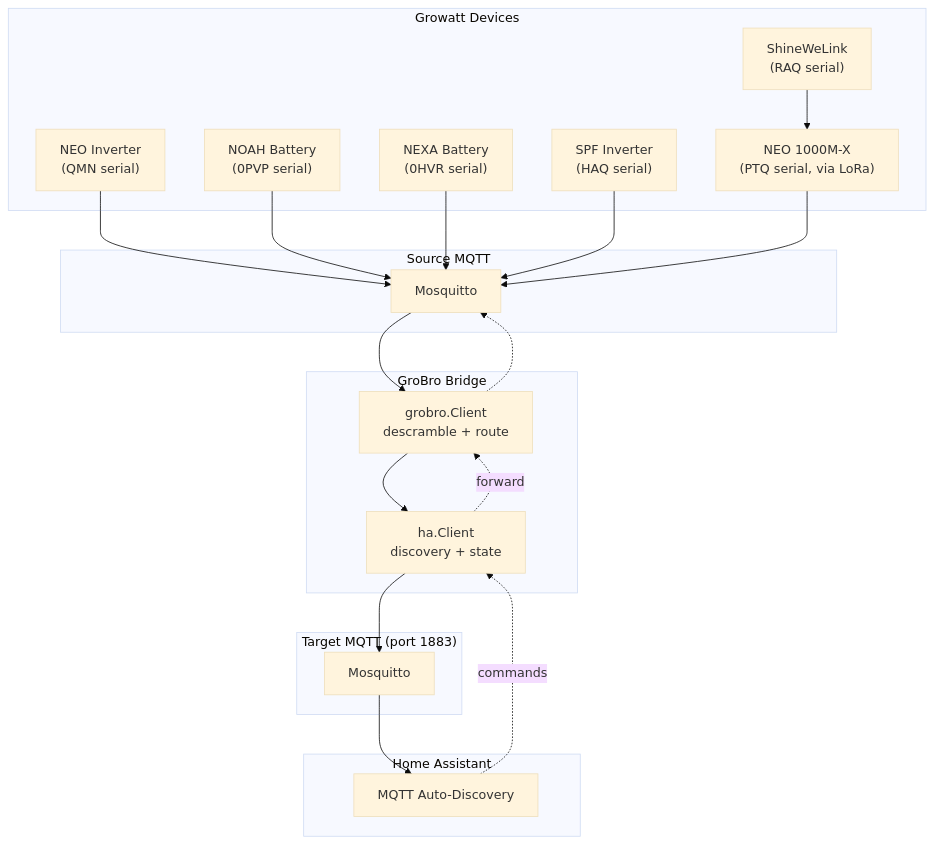
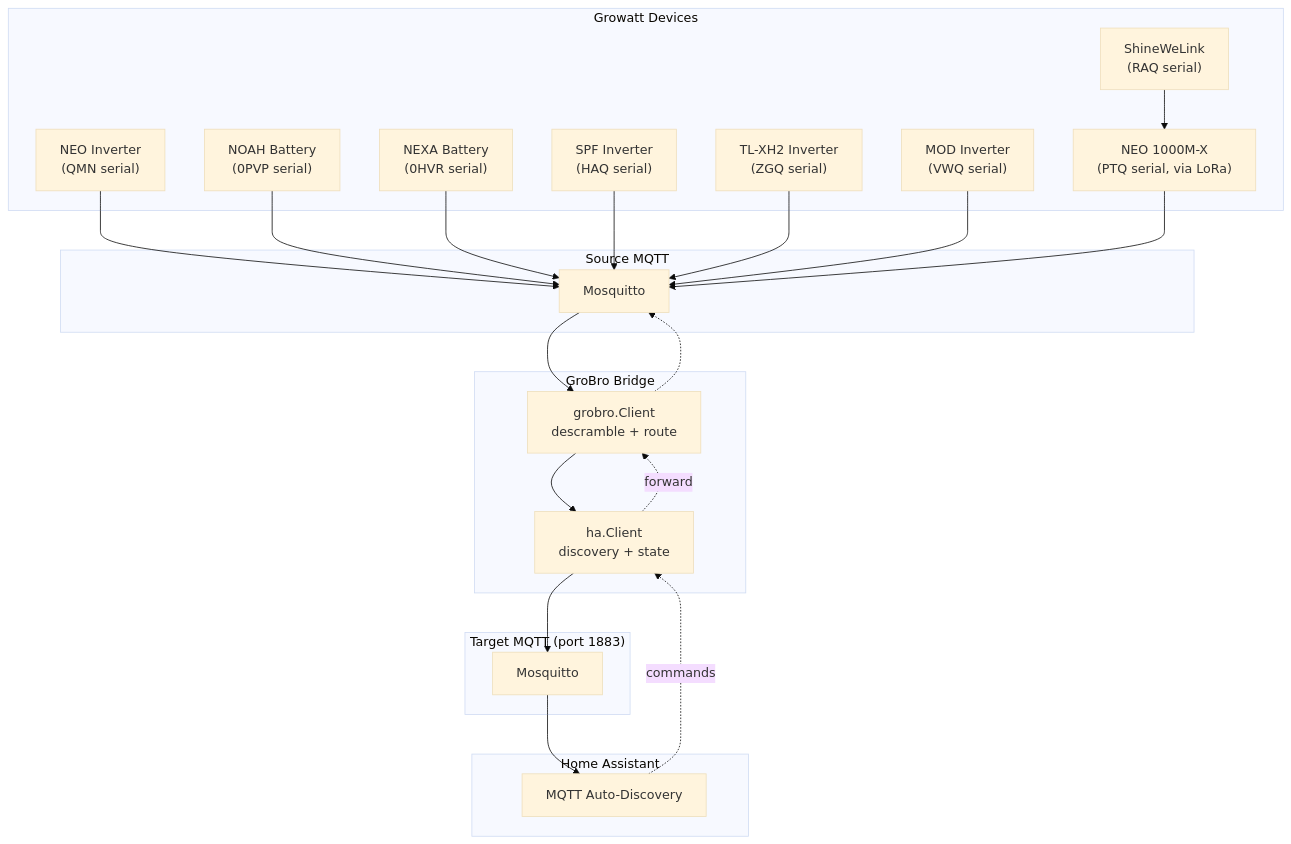
The diagram in DEVELOPMENT.md (robertzaage/GroBro), drawn with Mermaid (base theme) before and after one commit. The commit also changed other lines of this file and 2 other files, not shown here.

````diff
--- a/DEVELOPMENT.md
+++ b/DEVELOPMENT.md
@@ -24,39 +24,43 @@
 ```mermaid
 graph TD
     subgraph "Growatt Devices"
         NEO["NEO Inverter<br/>(QMN serial)"]
         NOAH["NOAH Battery<br/>(0PVP serial)"]
         NEXA["NEXA Battery<br/>(0HVR serial)"]
         SPF["SPF Inverter<br/>(HAQ serial)"]
+        XH2["TL-XH2 Inverter<br/>(ZGQ serial)"]
+        MOD["MOD Inverter<br/>(VWQ serial)"]
         SWX["ShineWeLink<br/>(RAQ serial)"]
         NEO_L["NEO 1000M-X<br/>(PTQ serial, via LoRa)"]
     end
 
     subgraph "Source MQTT"
         SRC_BROKER["Mosquitto"]
     end
 
     subgraph "GroBro Bridge"
         GC["grobro.Client<br/>descramble + route"]
         HC["ha.Client<br/>discovery + state"]
     end
 
     subgraph "Target MQTT (port 1883)"
         TGT_BROKER["Mosquitto"]
     end
 
     subgraph "Home Assistant"
         HA["MQTT Auto-Discovery"]
     end
 
     NEO --> SRC_BROKER
     NOAH --> SRC_BROKER
     NEXA --> SRC_BROKER
     SPF --> SRC_BROKER
+    XH2 --> SRC_BROKER
+    MOD --> SRC_BROKER
     SWX --> NEO_L --> SRC_BROKER
     SRC_BROKER --> GC
     GC --> HC
     HC --> TGT_BROKER
     TGT_BROKER --> HA
     HA -.->|commands| HC -.->|forward| GC -.-> SRC_BROKER
 ```
````
